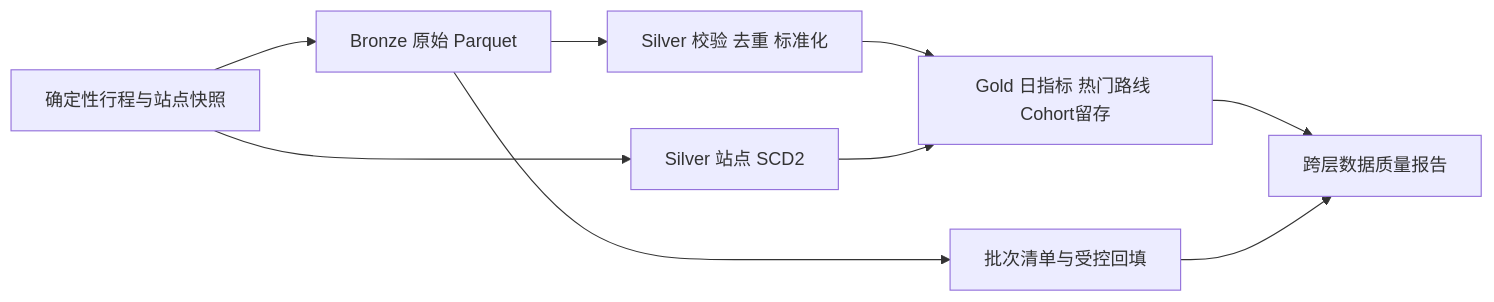
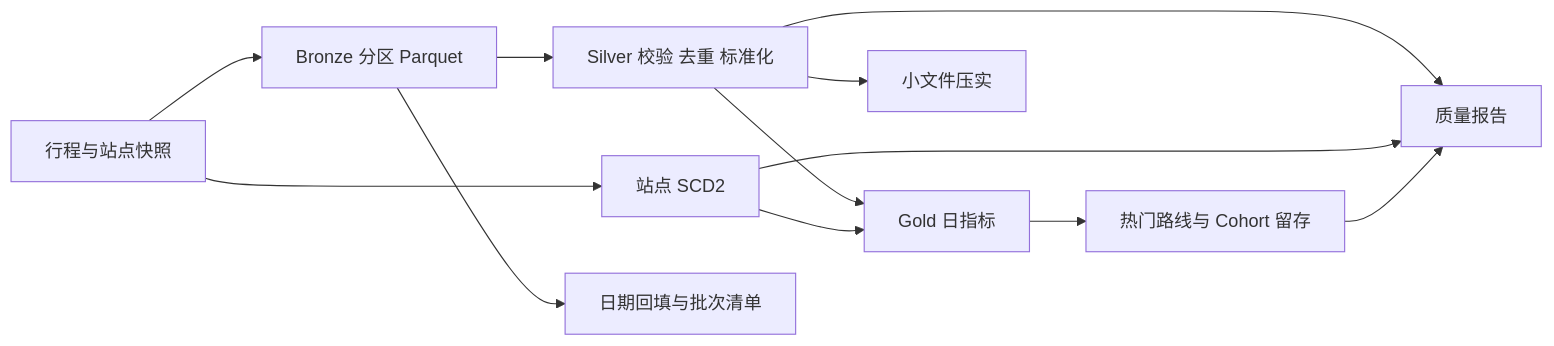
One commit to ZliY221/Offline-lake-warehouse-and-incremental-analysis-of-shared-bikes changed the diagram in README.md. Above: the diagram before and after it, drawn with Mermaid. The commit also changed other lines of this file and 6 other files, not shown here.

````diff
--- a/README.md
+++ b/README.md
@@ -54,11 +47,14 @@
 ```mermaid
 flowchart LR
-    A[确定性行程与站点快照] --> B[Bronze 原始 Parquet]
+    A[行程与站点快照] --> B[Bronze 分区 Parquet]
     B --> C[Silver 校验 去重 标准化]
-    A --> D[Silver 站点 SCD2]
-    C --> E[Gold 日指标 热门路线 Cohort留存]
+    A --> D[站点 SCD2]
+    C --> E[Gold 日指标]
     D --> E
-    E --> F[跨层数据质量报告]
-    B --> G[批次清单与受控回填]
-    G --> F
+    E --> F[热门路线与 Cohort 留存]
+    B --> G[日期回填与批次清单]
+    C --> H[质量报告]
+    D --> H
+    F --> H
+    C --> I[小文件压实]
 ```
````
